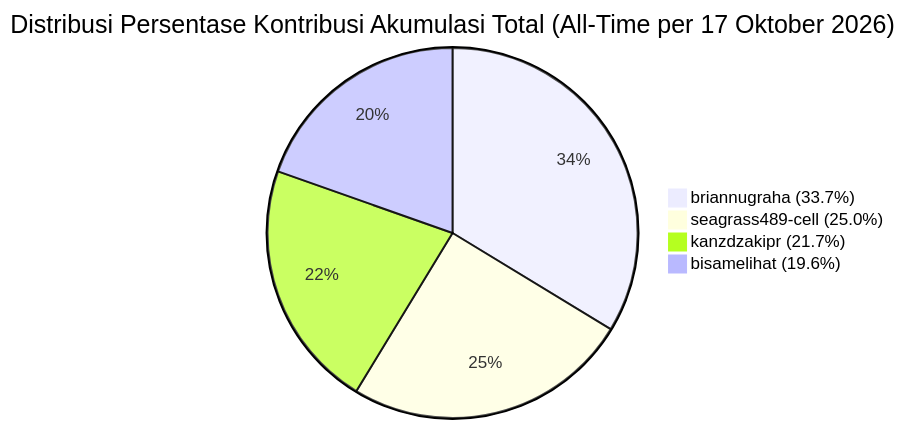
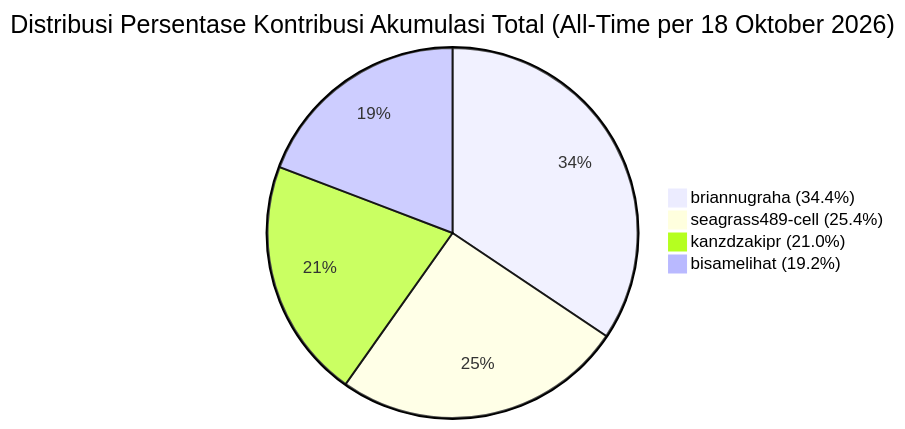
Before and after one commit to kanzdzakipr/ServicePlan-BRA: the first of 4 diagrams in KONTRIBUSI_TIM.md, drawn with Mermaid. The commit also changed other lines of this file, not shown here.

Commit message:
update kontribusi tim per 18 okt

````diff
--- a/KONTRIBUSI_TIM.md
+++ b/KONTRIBUSI_TIM.md
@@ -92,7 +92,7 @@
 ```mermaid
-pie title Distribusi Persentase Kontribusi Akumulasi Total (All-Time per 17 Oktober 2026)
-    "briannugraha (33.7%)" : 33.7
-    "seagrass489-cell (25.0%)" : 25.0
-    "kanzdzakipr (21.7%)" : 21.7
-    "bisamelihat (19.6%)" : 19.6
+pie title Distribusi Persentase Kontribusi Akumulasi Total (All-Time per 18 Oktober 2026)
+    "briannugraha (34.4%)" : 34.4
+    "seagrass489-cell (25.4%)" : 25.4
+    "kanzdzakipr (21.0%)" : 21.0
+    "bisamelihat (19.2%)" : 19.2
 ```
````
